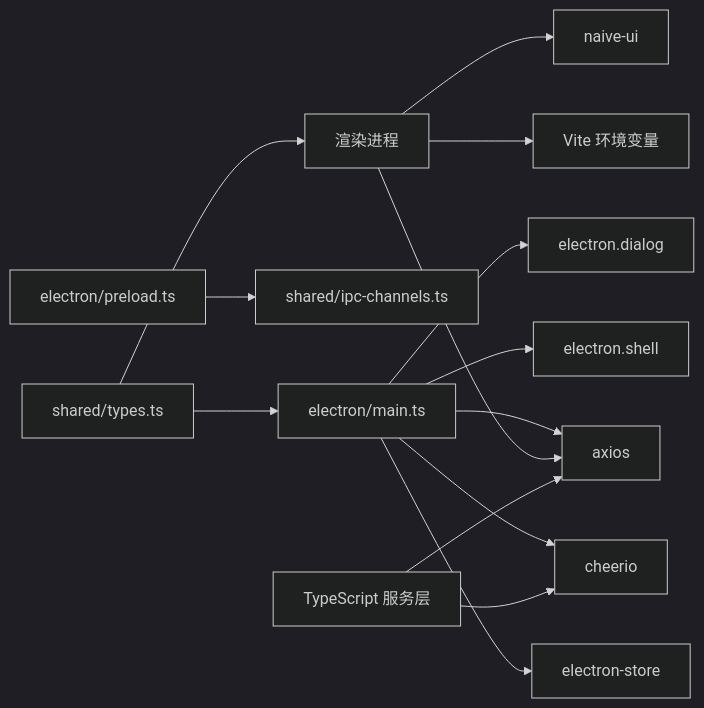
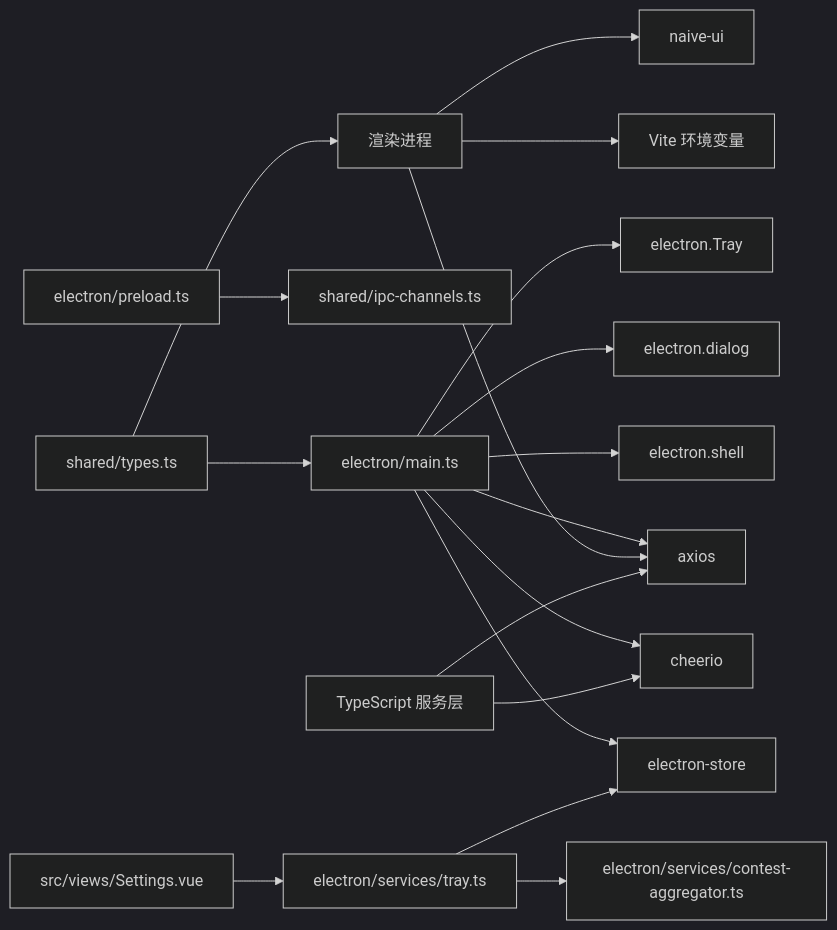
The tenth of 10 diagrams in .qoder/repowiki/zh/content/系统集成/系统集成.md (Siborne/OJFlow), drawn with Mermaid (dark theme) before and after one commit. The commit also changed other lines of this file and 23 other files, not shown here.

````diff
--- a/.qoder/repowiki/zh/content/系统集成/系统集成.md
+++ b/.qoder/repowiki/zh/content/系统集成/系统集成.md
@@ -378,16 +493,20 @@
 ```mermaid
 graph LR
 Main["electron/main.ts"] --> Store["electron-store"]
 Main --> Axios["axios"]
 Main --> Cheerio["cheerio"]
 Main --> Shell["electron.shell"]
 Main --> Dialog["electron.dialog"]
+Main --> Tray["electron.Tray"]
 Preload["electron/preload.ts"] --> IPC["shared/ipc-channels.ts"]
 Renderer["渲染进程"] --> Vite["Vite 环境变量"]
 Renderer --> Naive["naive-ui"]
 Renderer --> Axios
 SharedTypes["shared/types.ts"] --> Main
 SharedTypes --> Renderer
 TS["TypeScript 服务层"] --> Axios
 TS --> Cheerio
+TrayService["electron/services/tray.ts"] --> Store
+TrayService --> ContestAggregator["electron/services/contest-aggregator.ts"]
+SettingsUI["src/views/Settings.vue"] --> TrayService
 ```
````
